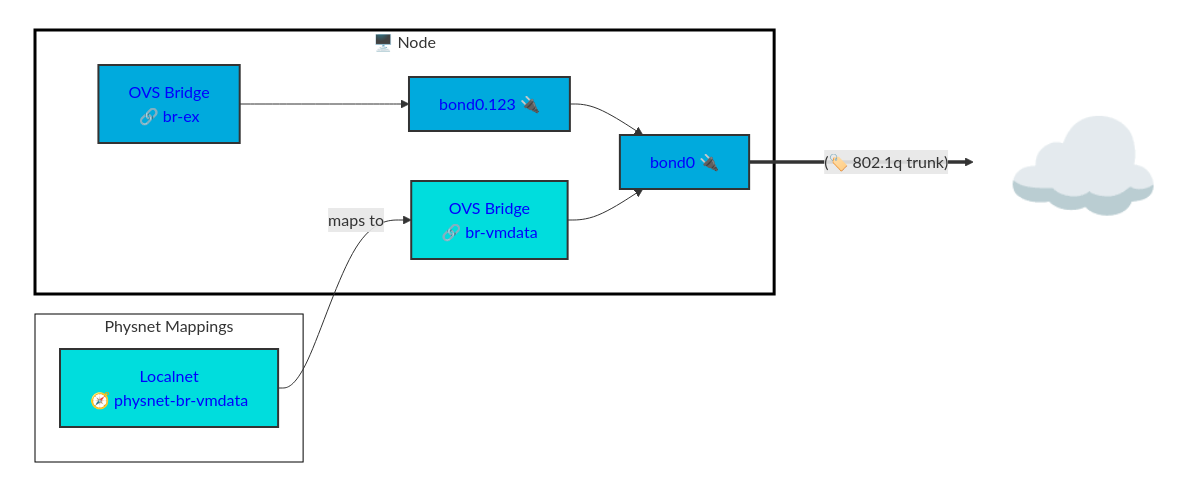
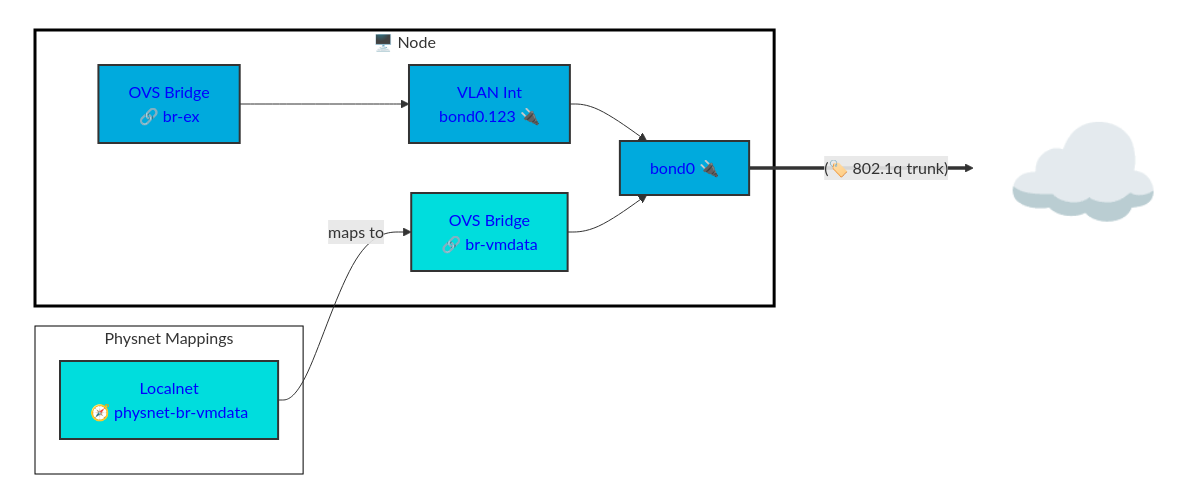
The first of 4 diagrams in networking/readme.md (dlbewley/demo-autofs), drawn with Mermaid before and after one commit.

Commit message:
Update VLAN node label in networking diagram for clarity

````diff
--- a/networking/readme.md
+++ b/networking/readme.md
@@ -33,47 +33,47 @@
 ```mermaid
 graph LR;
     subgraph Cluster[" "]
 
       subgraph Localnets["Physnet Mappings"]
         physnet-vmdata[Localnet<br> 🧭 physnet-br-vmdata]
       end
 
       subgraph node1["🖥️ Node "]
         br-ex[ OVS Bridge<br> 🔗 br-ex]
         br-vmdata[ OVS Bridge<br> 🔗 br-vmdata]
         node1-bond0[bond0 🔌]
-        node1-vlan-machine[bond0.123 🔌]
+        node1-vlan-machine[VLAN Int<br> bond0.123 🔌]
       end
     end
 
     physnet-vmdata -- maps to --> br-vmdata
     br-ex --> node1-vlan-machine --> node1-bond0
     br-vmdata --> node1-bond0
 
     Internet["☁️ "]:::Internet
     node1-bond0 ==(🏷️ 802.1q trunk)==> Internet
 
     classDef node-eth fill:#00dddd,color:#00f,stroke:#333,stroke-width:2px
 
     classDef vlan-default fill:#00aadd,color:#00f,stroke:#333,stroke-width:2px
     class br-ex,node1-vlan-machine,node1-bond0 vlan-default
 
     classDef vlan-1924 fill:#00dddd,color:#00f,stroke:#333,stroke-width:2px
     class node1-vlan1924,br-vmdata,physnet-vmdata vlan-1924
 
     classDef labels stroke-width:1px,color:#fff,fill:#005577
     classDef networks fill:#cdd,stroke-width:0px
 
     style Localnets fill:#fff,stroke:#000,stroke-width:1px
     style Cluster color:#000,fill:#fff,stroke:#333,stroke-width:0px
     style Internet fill:none,stroke-width:0px,font-size:+2em
 
     classDef nodes fill:#fff,stroke:#000,stroke-width:3px
     class node1,node2,node3 nodes
 
     classDef node-eth fill:#00dddd,color:#00f,stroke:#333,stroke-width:2px
     class node1-bond1 node-eth
 
     classDef nad-1924 fill:#00ffff,color:#00f,stroke:#333,stroke-width:1px
     class nad-1924-client,nad-1924-ldap,nad-1924-nfs nad-1924
 ```
````
